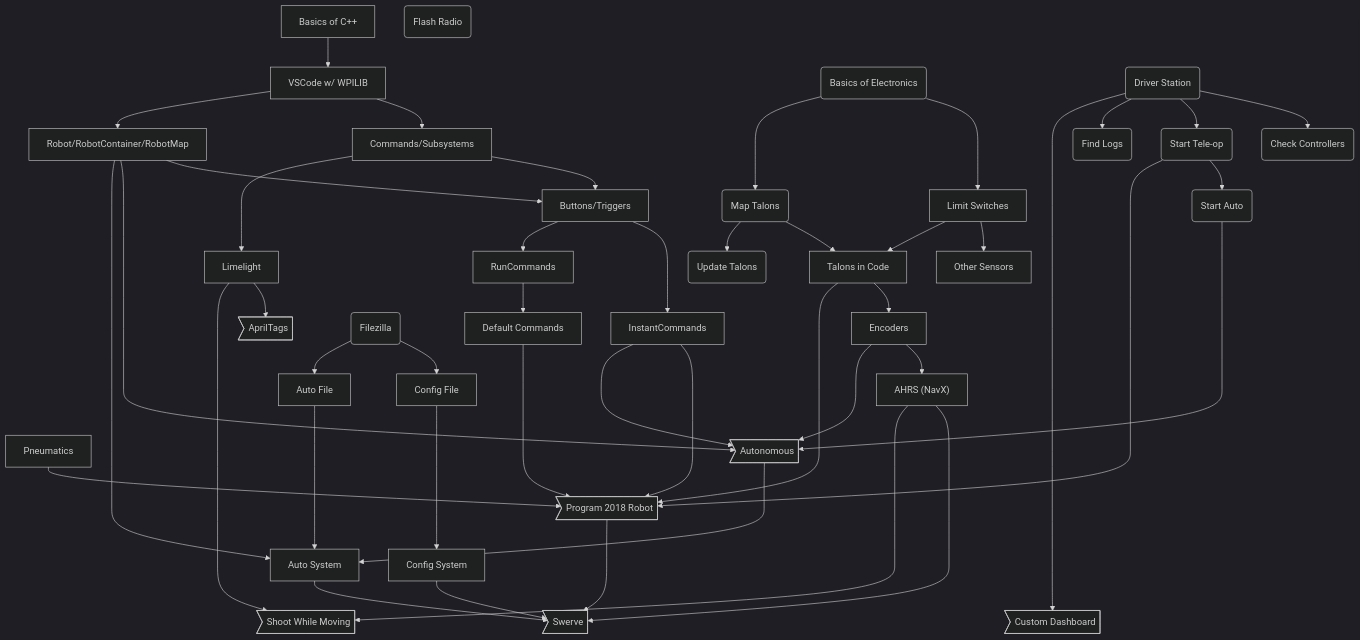
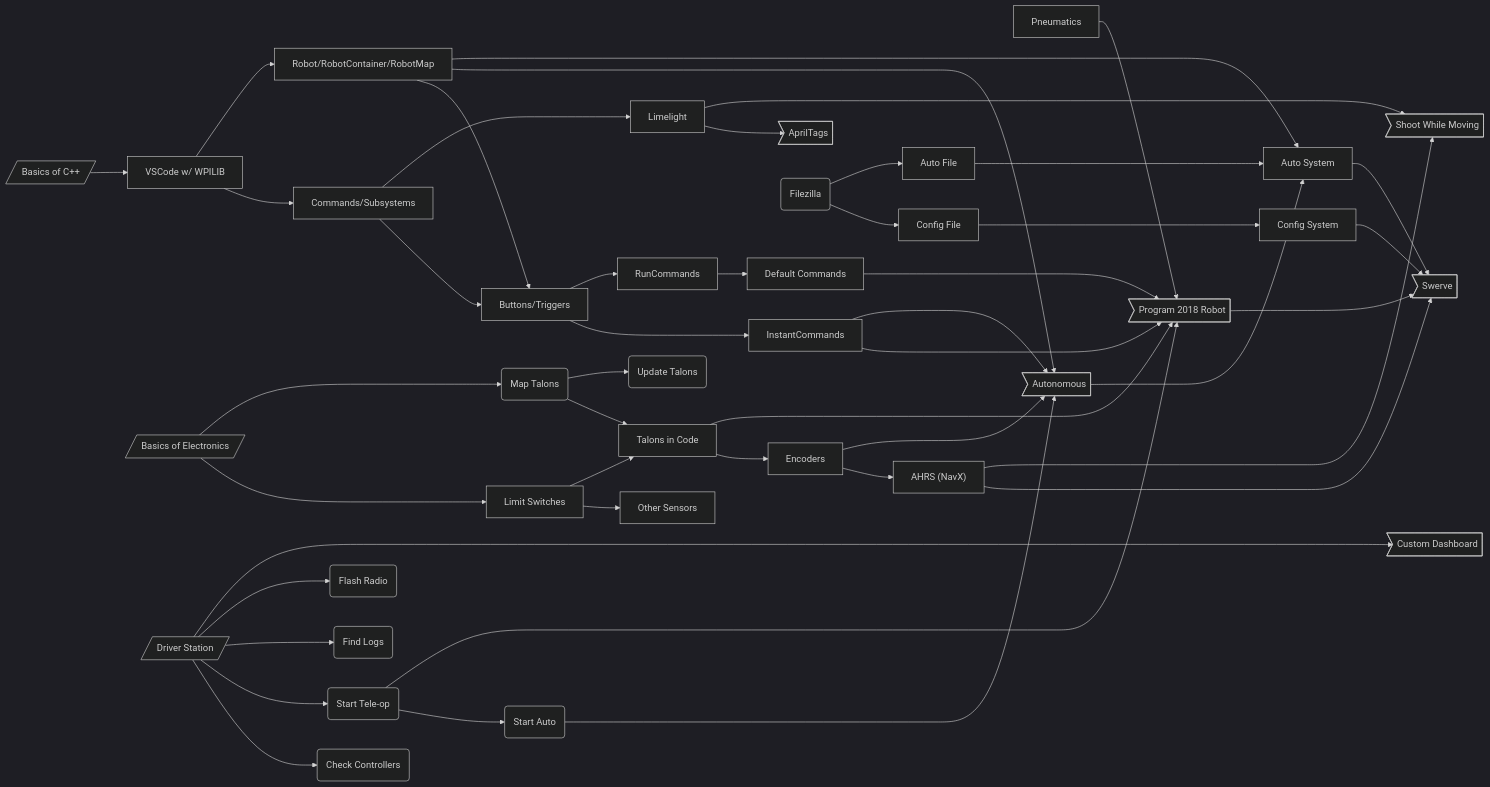
Before and after one commit to WCR-FRC-2016/2023trainingrep: the first of 2 diagrams in README.md, drawn with Mermaid (dark theme). The commit also changed other lines of this file, not shown here.

Commit message:
Update Flowchart

````diff
--- a/README.md
+++ b/README.md
@@ -3,49 +5,48 @@
 ```mermaid
-flowchart TB;
+flowchart LR;
 
-A[Basics of C++]
+A[/Basics of C++/]
 B[VSCode w/ WPILIB]; A --> B
 C[Commands/Subsystems]; B --> C
 D[Robot/RobotContainer/RobotMap]; B --> D
 E[Buttons/Triggers]; C --> E; D --> E
 G[InstantCommands]; E --> G
 H[RunCommands]; E --> H
 F[Default Commands]; H --> F
 
-I(Basics of Electronics)
+I[/Basics of Electronics/]
 L[Limit Switches]; I ---> L
 O[Other Sensors]; L --> O
 P[Encoders]; Q --> P
 R["AHRS (NavX)"]; P --> R
 
 J(Map Talons); I ---> J
 Q[Talons in Code]; J --> Q; L --> Q
 K(Update Talons); J --> K
 
-i(Driver Station)
+i[/Driver Station/]
 M(Check Controllers); i --> M
 N(Start Tele-op); i --> N
 Y(Start Auto); N --> Y
 Z(Find Logs); i --> Z
+W(Flash Radio); i --> W
 
 a[Limelight]; C ---> a
 g>AprilTags]; a --> g
 
 S(Filezilla)
 T[Config File]; S --> T
 U[Auto File]; S --> U
 
 e[Pneumatics]
 V>Program 2018 Robot]; e --> V; G ----> V; F ----> V; Q ----> V; N ------> V
 
-W(Flash Radio)
 X>Autonomous]; D ---> X; G ---> X; P ---> X; Y -----> X
 
 b[Config System]; T ----> b
 c[Auto System]; U ----> c; D --------> c; X --> c
 d>Swerve]; b --> d; c --> d; R -----> d; V ---> d
 
 f>Shoot While Moving]; R -----> f; a -------> f
 h>Custom Dashboard]; i ----------> h
-
 ```
````
